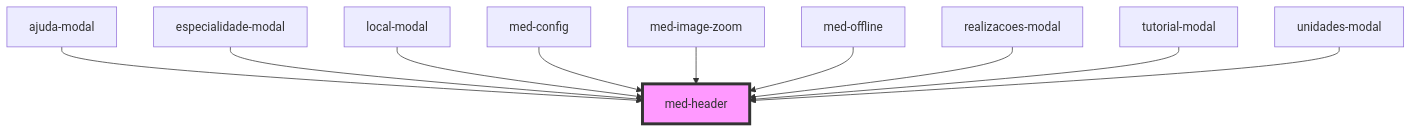
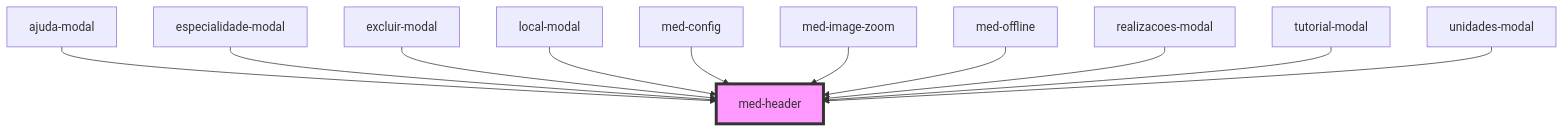
One commit to MEDGRUPOGIT/ionic-framework-1 changed the diagram in core/src/components/@templarios/compositions/med-header/readme.md. Above: the diagram before and after it, drawn with Mermaid. The commit also changed other lines of this file and 19 other files, not shown here.

````diff
--- a/core/src/components/@templarios/compositions/med-header/readme.md
+++ b/core/src/components/@templarios/compositions/med-header/readme.md
@@ -30,13 +31,14 @@
 ```mermaid
 graph TD;
   ajuda-modal --> med-header
   especialidade-modal --> med-header
+  excluir-modal --> med-header
   local-modal --> med-header
   med-config --> med-header
   med-image-zoom --> med-header
   med-offline --> med-header
   realizacoes-modal --> med-header
   tutorial-modal --> med-header
   unidades-modal --> med-header
   style med-header fill:#f9f,stroke:#333,stroke-width:4px
 ```
````
